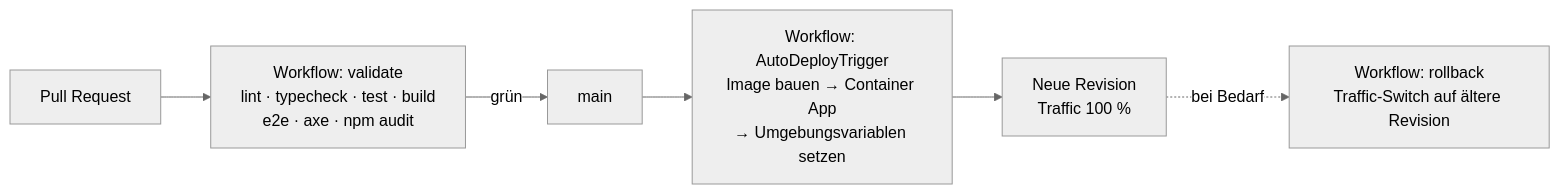
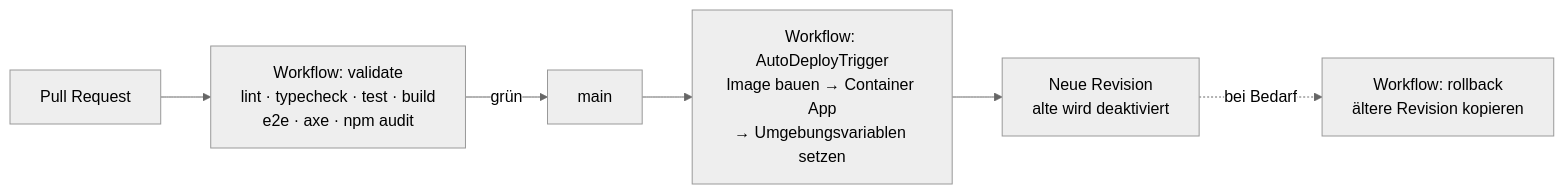
One commit to nicolenders/die-agentin changed the fourth of 4 diagrams in docs/SPEC.md. Above: the diagram before and after it, drawn with Mermaid (neutral theme). The commit also changed other lines of this file and 27 other files, not shown here.

````diff
--- a/docs/SPEC.md
+++ b/docs/SPEC.md
@@ -522,8 +528,8 @@
 ```mermaid
 flowchart LR
   PR["Pull Request"] --> CI["Workflow: validate<br/>lint · typecheck · test · build<br/>e2e · axe · npm audit"]
   CI -->|grün| MAIN[main]
   MAIN --> DEPLOY["Workflow: AutoDeployTrigger<br/>Image bauen → Container App<br/>→ Umgebungsvariablen setzen"]
-  DEPLOY --> LIVE["Neue Revision<br/>Traffic 100 %"]
-  LIVE -.->|bei Bedarf| RB["Workflow: rollback<br/>Traffic-Switch auf ältere Revision"]
+  DEPLOY --> LIVE["Neue Revision<br/>alte wird deaktiviert"]
+  LIVE -.->|bei Bedarf| RB["Workflow: rollback<br/>ältere Revision kopieren"]
 ```
````
